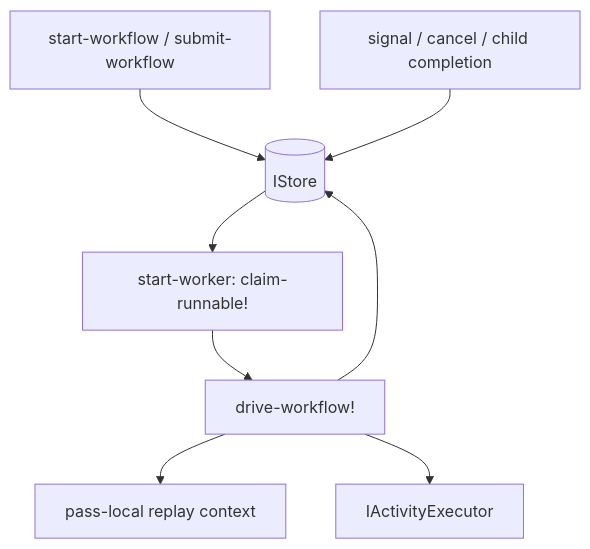
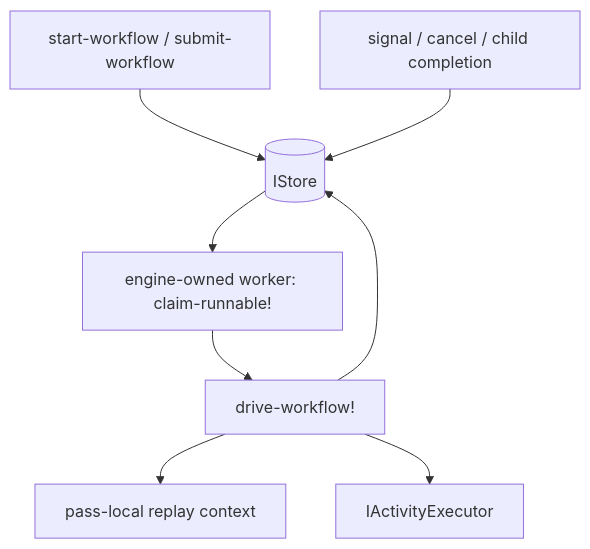
One commit to mping/intemporal changed the first of 3 diagrams in architecture.md. Above: the diagram before and after it, drawn with Mermaid. The commit also changed other lines of this file and 550 other files, not shown here.

````diff
--- a/architecture.md
+++ b/architecture.md
@@ -8,10 +8,10 @@
 ```mermaid
 graph TD
     API["start-workflow / submit-workflow"] --> Store[(IStore)]
-    Store --> Worker["start-worker: claim-runnable!"]
+    Store --> Worker["engine-owned worker: claim-runnable!"]
     Worker --> Drive["drive-workflow!"]
     Drive --> Context["pass-local replay context"]
     Drive --> Executor[IActivityExecutor]
     Drive --> Store
     Signal["signal / cancel / child completion"] --> Store
 ```
````
